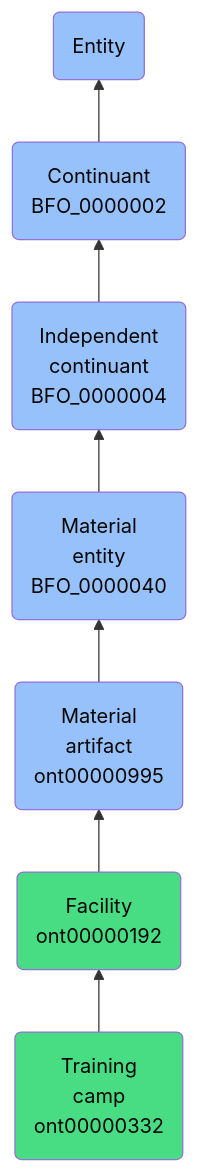
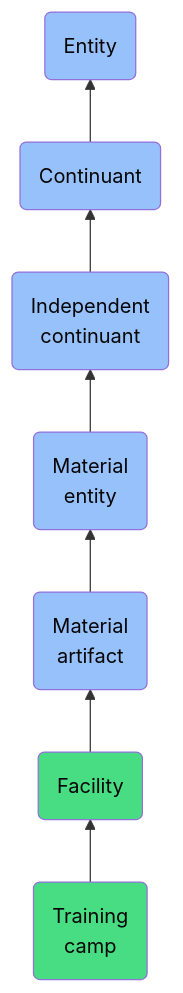
One commit to jupyter-naas/abi changed the diagram in docs/ontology/reference/model/Entity/Continuant/Independent continuant/Material entity/Material artifact/Facility/Training camp/Training camp.md. Above: the diagram before and after it, drawn with Mermaid. The commit also changed other lines of this file and 1430 other files, not shown here.

````diff
--- a/docs/ontology/reference/model/Entity/Continuant/Independent continuant/Material entity/Material artifact/Facility/Training camp/Training camp.md
+++ b/docs/ontology/reference/model/Entity/Continuant/Independent continuant/Material entity/Material artifact/Facility/Training camp/Training camp.md
@@ -24,14 +24,14 @@
 ```mermaid
 graph BT
-    ont00000332(Training<br>camp<br>ont00000332):::ABI-->ont00000192
-    ont00000192(Facility<br>ont00000192):::ABI-->ont00000995
-    ont00000995(Material<br>artifact<br>ont00000995):::BFO-->BFO_0000040
-    BFO_0000040(Material<br>entity<br>BFO_0000040):::BFO-->BFO_0000004
-    BFO_0000004(Independent<br>continuant<br>BFO_0000004):::BFO-->BFO_0000002
-    BFO_0000002(Continuant<br>BFO_0000002):::BFO-->BFO_0000001
+    ont00000332(Training<br>camp):::ABI-->ont00000192
+    ont00000192(Facility):::ABI-->ont00000995
+    ont00000995(Material<br>artifact):::BFO-->BFO_0000040
+    BFO_0000040(Material<br>entity):::BFO-->BFO_0000004
+    BFO_0000004(Independent<br>continuant):::BFO-->BFO_0000002
+    BFO_0000002(Continuant):::BFO-->BFO_0000001
     BFO_0000001(Entity):::BFO
     
     classDef BFO fill:#97c1fb,color:#060606
     classDef CCO fill:#e4c51e,color:#060606
     classDef ABI fill:#48DD82,color:#060606
 ```
````
